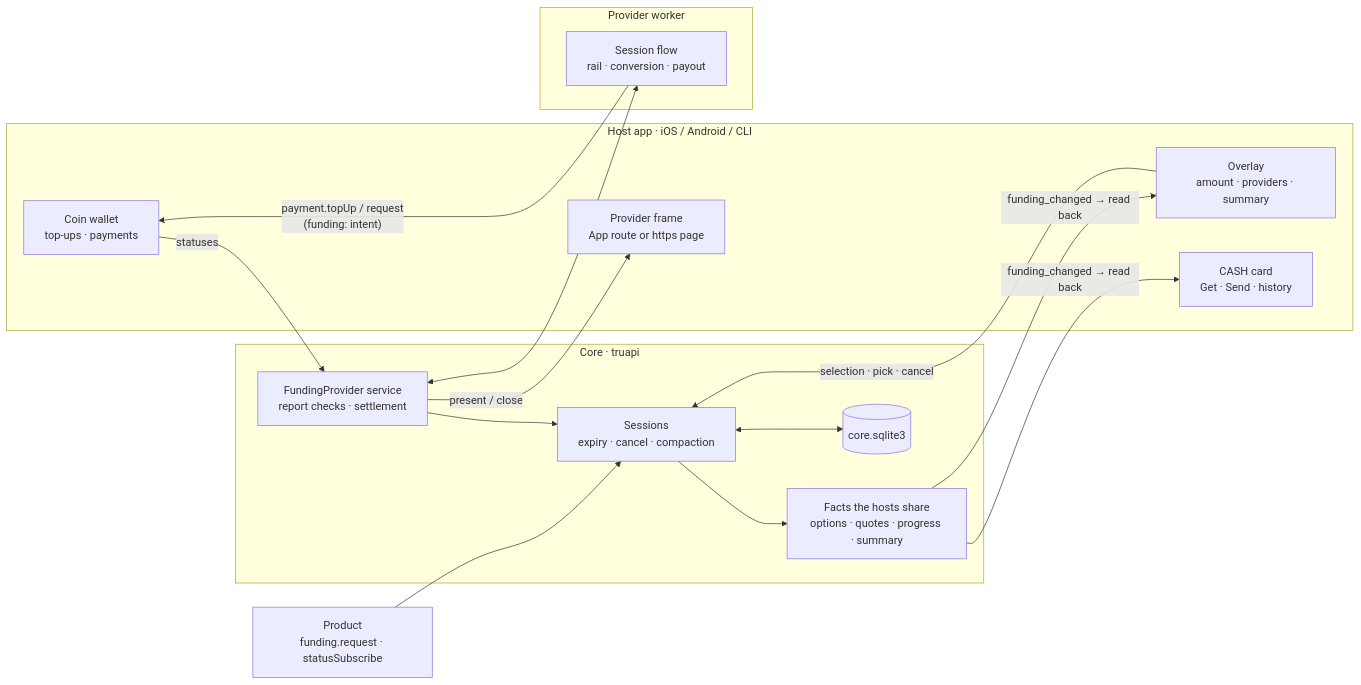
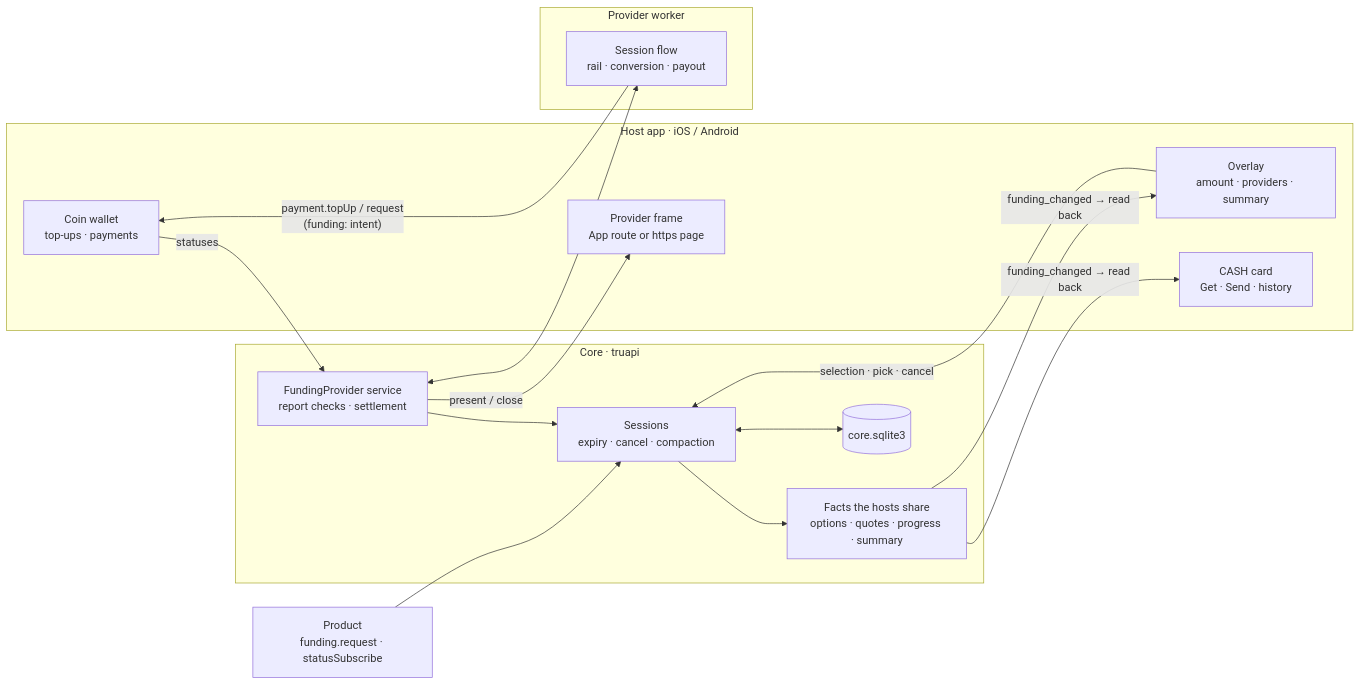
The first of 10 diagrams in docs/design/funding-modality.md (paritytech/trinity-user-agents), drawn with Mermaid before and after one commit. The commit also changed other lines of this file and 1 other file, not shown here.

````diff
--- a/docs/design/funding-modality.md
+++ b/docs/design/funding-modality.md
@@ -17,32 +21,32 @@
 ```mermaid
 flowchart LR
   product["Product<br/>funding.request · statusSubscribe"]
 
-  subgraph HOST["Host app · iOS / Android / CLI"]
+  subgraph HOST["Host app · iOS / Android"]
     overlay["Overlay<br/>amount · providers · summary"]
     frame["Provider frame<br/>App route or https page"]
     purse["CASH card<br/>Get · Send · history"]
     wallet["Coin wallet<br/>top-ups · payments"]
   end
 
   subgraph CORE["Core · truapi"]
     sessions["Sessions<br/>expiry · cancel · compaction"]
     facts["Facts the hosts share<br/>options · quotes · progress · summary"]
     db[("core.sqlite3")]
     service["FundingProvider service<br/>report checks · settlement"]
   end
 
   subgraph WORKER["Provider worker"]
     flow["Session flow<br/>rail · conversion · payout"]
   end
 
   product --> sessions
   sessions <--> db
   sessions --> facts
   facts -- "funding_changed → read back" --> overlay & purse
   overlay -- "selection · pick · cancel" --> sessions
   service <--> flow
   service -- present / close --> frame
   flow -- "payment.topUp / request<br/>(funding: intent)" --> wallet
   wallet -- statuses --> service --> sessions
 ```
````
